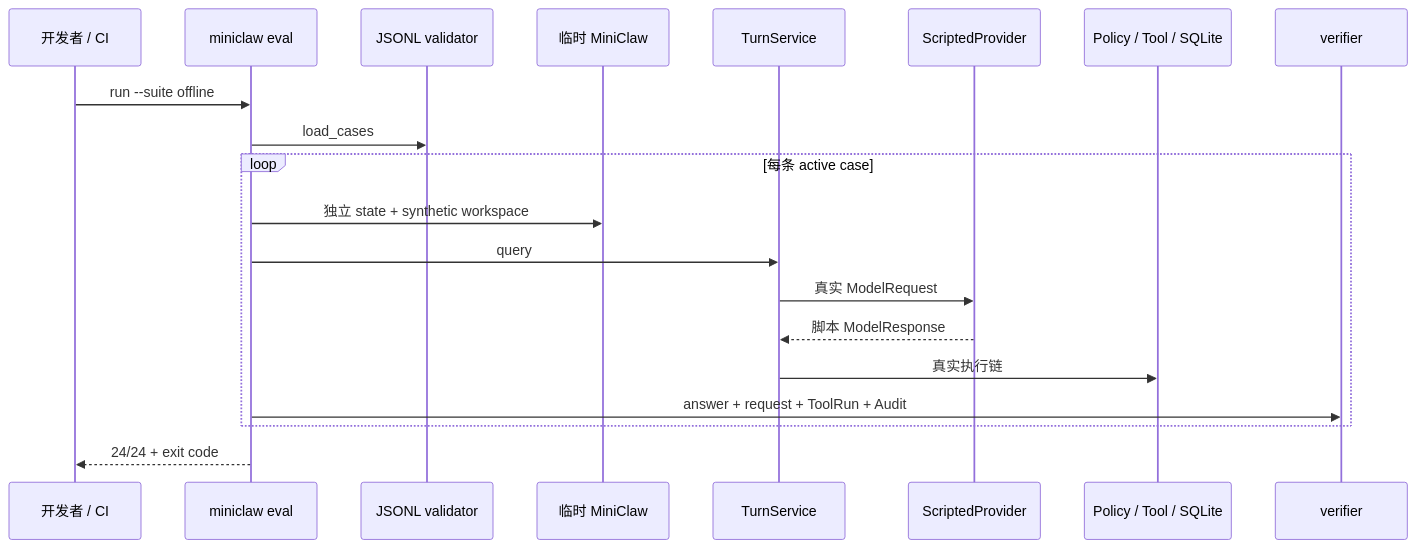
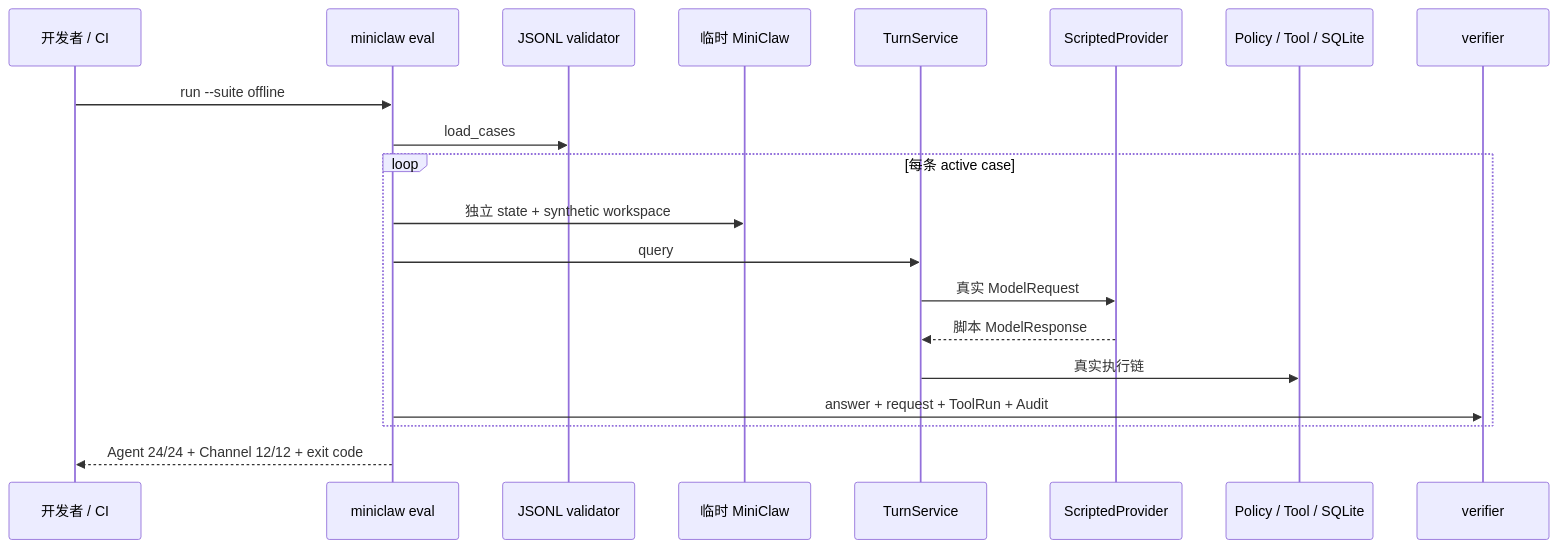
Before and after one commit to NEDONION/lobster0: the tenth of 10 diagrams in docs/architecture/20260807_系统架构.md, drawn with Mermaid. The commit also changed other lines of this file and 12 other files, not shown here.

````diff
--- a/docs/architecture/20260807_系统架构.md
+++ b/docs/architecture/20260807_系统架构.md
@@ -282,23 +284,23 @@
 ```mermaid
 sequenceDiagram
     participant Dev as 开发者 / CI
     participant CLI as miniclaw eval
     participant Loader as JSONL validator
     participant Temp as 临时 MiniClaw
     participant Turn as TurnService
     participant Fake as ScriptedProvider
     participant Tool as Policy / Tool / SQLite
     participant Verify as verifier
 
     Dev->>CLI: run --suite offline
     CLI->>Loader: load_cases
     loop 每条 active case
         CLI->>Temp: 独立 state + synthetic workspace
         CLI->>Turn: query
         Turn->>Fake: 真实 ModelRequest
         Fake-->>Turn: 脚本 ModelResponse
         Turn->>Tool: 真实执行链
         CLI->>Verify: answer + request + ToolRun + Audit
     end
-    CLI-->>Dev: 24/24 + exit code
+    CLI-->>Dev: Agent 24/24 + Channel 12/12 + exit code
 ```
````
